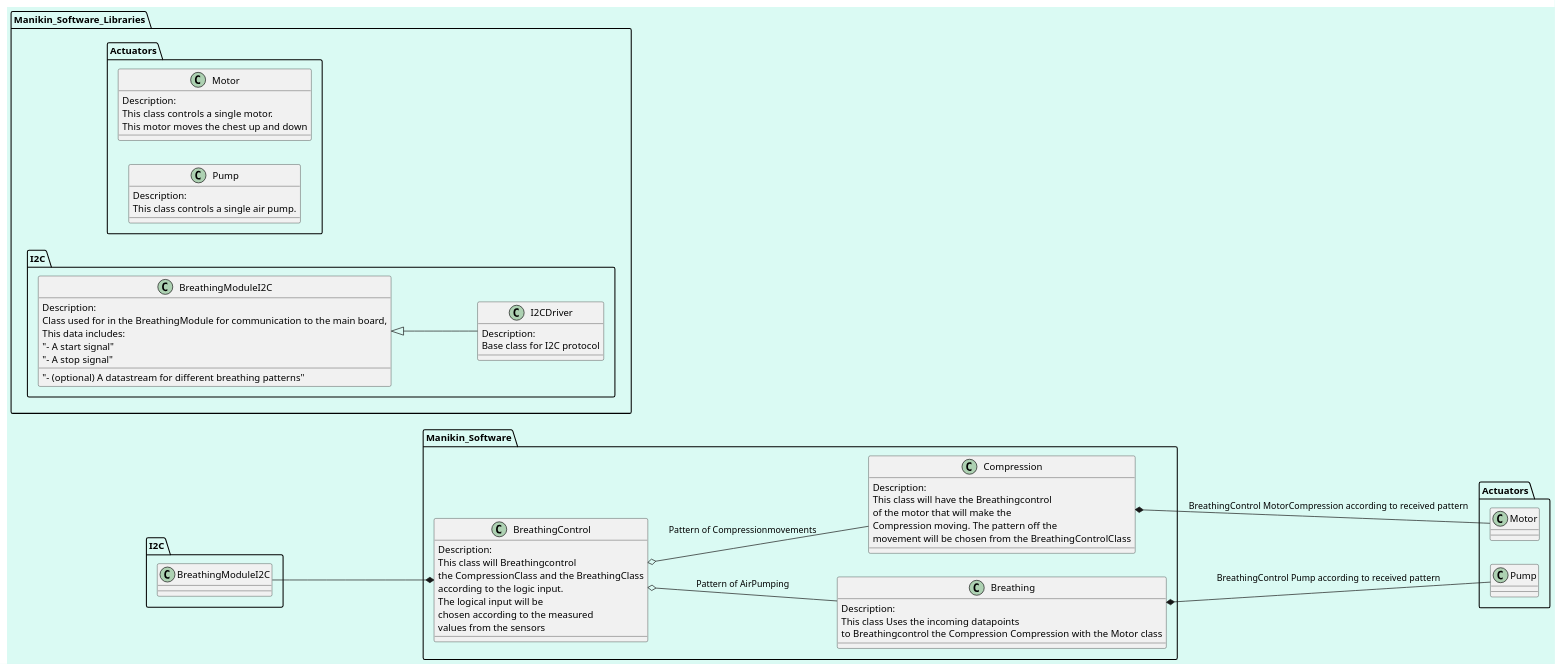
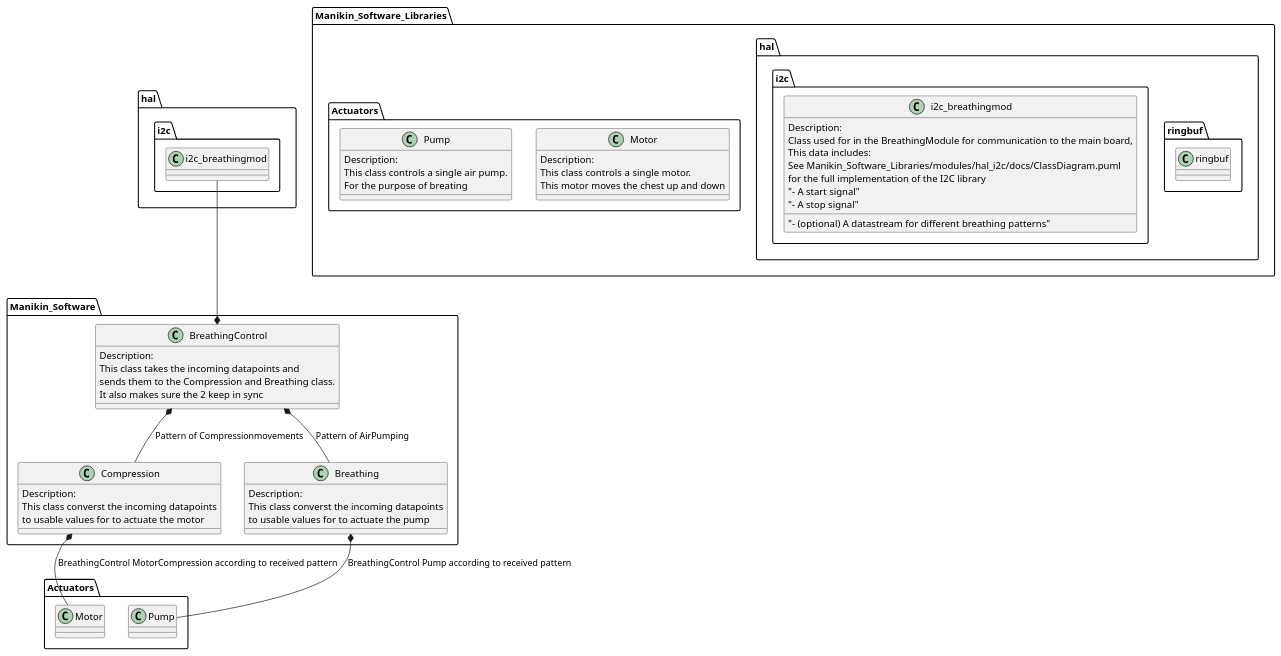
Before and after one commit to RobotPatient/Manikin_Software: the diagram in ActuatorHub-breathingModule/docs/ClassDiagram.puml, drawn with PlantUML. The commit also changed 2 other files, not shown here.

Commit message:
-enh ClassDiagram -add error sketch and breathingcontrol.hpp

```diff
--- a/ActuatorHub-breathingModule/docs/ClassDiagram.puml
+++ b/ActuatorHub-breathingModule/docs/ClassDiagram.puml
@@ -1,71 +1,65 @@
 @startuml ClassDesign
 
-left to right direction
-
-skinparam backgroundColor #DAFAF3FF
+set separator ::
 
 package Manikin_Software {
     class BreathingControl {
         Description:
-        This class will Breathingcontrol
-        the CompressionClass and the BreathingClass
-        according to the logic input.
-        The logical input will be 
-        chosen according to the measured 
-        values from the sensors
+        This class takes the incoming datapoints and
+        sends them to the Compression and Breathing class.
+        It also makes sure the 2 keep in sync
     }
 
     class Compression {
         Description:
-        This class will have the Breathingcontrol
-        of the motor that will make the 
-        Compression moving. The pattern off the
-        movement will be chosen from the BreathingControlClass
+        This class converst the incoming datapoints
+        to usable values for to actuate the motor
     }
 
     class Breathing {
         Description:
-        This class Uses the incoming datapoints
-        to Breathingcontrol the Compression Compression with the Motor class
+        This class converst the incoming datapoints
+        to usable values for to actuate the pump
     }
 }
 
 package Manikin_Software_Libraries {
+    namespace hal::ringbuf {
+        class ringbuf {
+
+        }
+    }
     namespace Actuators {
         class Motor {
             Description:
             This class controls a single motor.
             This motor moves the chest up and down
         }
 
         class Pump {
             Description:
             This class controls a single air pump.
+            For the purpose of breating
         }
     }
-    namespace I2C {
-        class I2CDriver {
-            Description:
-            Base class for I2C protocol
-        }
-
-        class BreathingModuleI2C {
+    namespace hal::i2c {
+        class i2c_breathingmod {
             Description:
             Class used for in the BreathingModule for communication to the main board,
             This data includes:
+            See Manikin_Software_Libraries/modules/hal_i2c/docs/ClassDiagram.puml
+            for the full implementation of the I2C library
             "- A start signal"
             "- A stop signal"
-            "- (optional) A datastream for different breathing patterns"            
+            "- (optional) A datastream for different breathing patterns"
         }
-
-        BreathingModuleI2C <|-- I2CDriver
     }
 }
 
-I2C.BreathingModuleI2C --* BreathingControl 
-BreathingControl o-- Compression : Pattern of Compressionmovements
-BreathingControl o-- Breathing : Pattern of AirPumping
-Compression   *-- Actuators.Motor : BreathingControl MotorCompression according to received pattern
-Breathing *-- Actuators.Pump : BreathingControl Pump according to received pattern
+hal::i2c::i2c_breathingmod --* BreathingControl 
+BreathingControl *-- Compression : Pattern of Compressionmovements
+BreathingControl *-- Breathing : Pattern of AirPumping
+Compression   *-- Actuators::Motor : BreathingControl MotorCompression according to received pattern
+Breathing *-- Actuators::Pump : BreathingControl Pump according to received pattern
 
 @enduml
```
